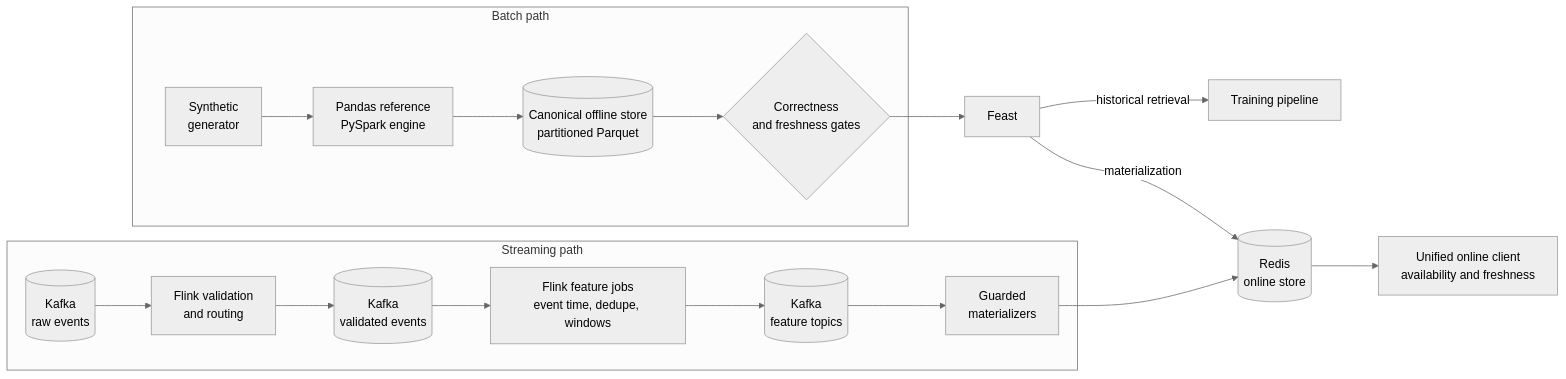
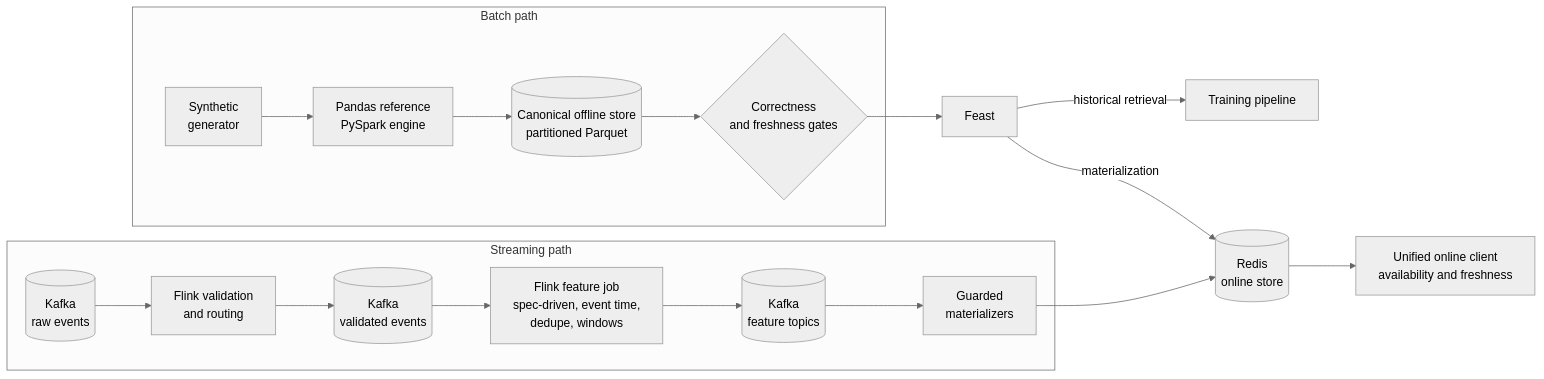
The first of 8 diagrams in ARCHITECTURE.md (oster-dev/featureforge), drawn with Mermaid (neutral theme) before and after one commit. The commit also changed other lines of this file and 15 other files, not shown here.

First line of the commit message:
refactor: remove the hand-written feature jobs (#27)

````diff
--- a/ARCHITECTURE.md
+++ b/ARCHITECTURE.md
@@ -12,22 +12,22 @@
 ```mermaid
 flowchart LR
     subgraph Batch["Batch path"]
         GEN[Synthetic<br/>generator] --> REF[Pandas reference<br/>PySpark engine]
         REF --> OFF[(Canonical offline store<br/>partitioned Parquet)]
         OFF --> GATE{Correctness<br/>and freshness gates}
     end
 
     subgraph Stream["Streaming path"]
         K0[(Kafka<br/>raw events)] --> VAL[Flink validation<br/>and routing]
         VAL --> K1[(Kafka<br/>validated events)]
-        K1 --> FJ[Flink feature jobs<br/>event time, dedupe, windows]
+        K1 --> FJ[Flink feature job<br/>spec-driven, event time,<br/>dedupe, windows]
         FJ --> K2[(Kafka<br/>feature topics)]
         K2 --> MAT[Guarded<br/>materializers]
     end
 
     GATE --> FEAST[Feast]
     FEAST -->|historical retrieval| TRAIN[Training pipeline]
     FEAST -->|materialization| REDIS[(Redis<br/>online store)]
     MAT --> REDIS
     REDIS --> CLIENT[Unified online client<br/>availability and freshness]
 ```
````
